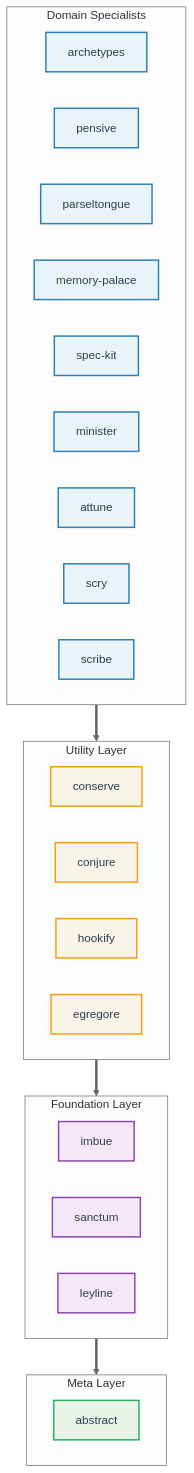
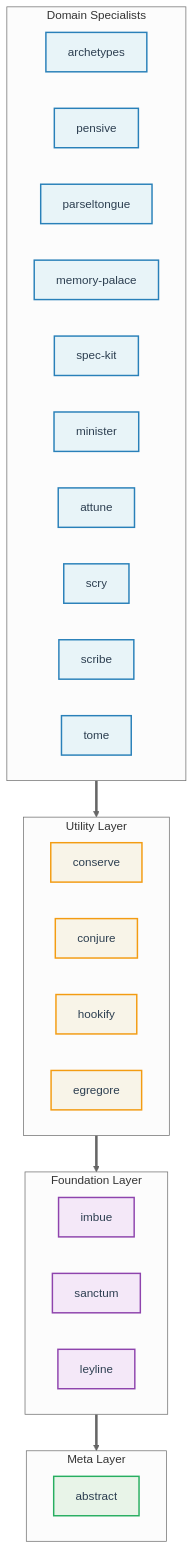
One commit to athola/claude-night-market changed the diagram in README.md. Above: the diagram before and after it, drawn with Mermaid (neutral theme). The commit also changed other lines of this file and 160 other files, not shown here.

````diff
--- a/README.md
+++ b/README.md
@@ -75,42 +75,43 @@
 ```mermaid
 flowchart TB
     classDef domainClass fill:#e8f4f8,stroke:#2980b9,stroke-width:2px,color:#2c3e50
     classDef utilityClass fill:#f8f4e8,stroke:#f39c12,stroke-width:2px,color:#2c3e50
     classDef foundationClass fill:#f4e8f8,stroke:#8e44ad,stroke-width:2px,color:#2c3e50
     classDef metaClass fill:#e8f4e8,stroke:#27ae60,stroke-width:2px,color:#2c3e50
 
     subgraph Domain["Domain Specialists"]
         direction LR
         D1[archetypes]:::domainClass
         D2[pensive]:::domainClass
         D3[parseltongue]:::domainClass
         D4[memory-palace]:::domainClass
         D5[spec-kit]:::domainClass
         D6[minister]:::domainClass
         D7[attune]:::domainClass
         D8[scry]:::domainClass
         D9[scribe]:::domainClass
+        D10[tome]:::domainClass
     end
 
     subgraph Utility["Utility Layer"]
         direction LR
         U1[conserve]:::utilityClass
         U2[conjure]:::utilityClass
         U3[hookify]:::utilityClass
         U4[egregore]:::utilityClass
     end
 
     subgraph Foundation["Foundation Layer"]
         direction LR
         F1[imbue]:::foundationClass
         F2[sanctum]:::foundationClass
         F3[leyline]:::foundationClass
     end
 
     subgraph Meta["Meta Layer"]
         direction LR
         M1[abstract]:::metaClass
     end
 
     Domain ==> Utility ==> Foundation ==> Meta
 ```
````
